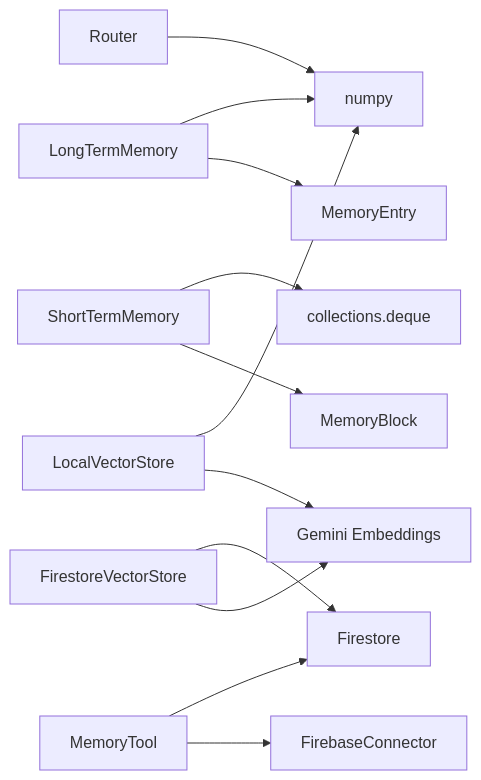
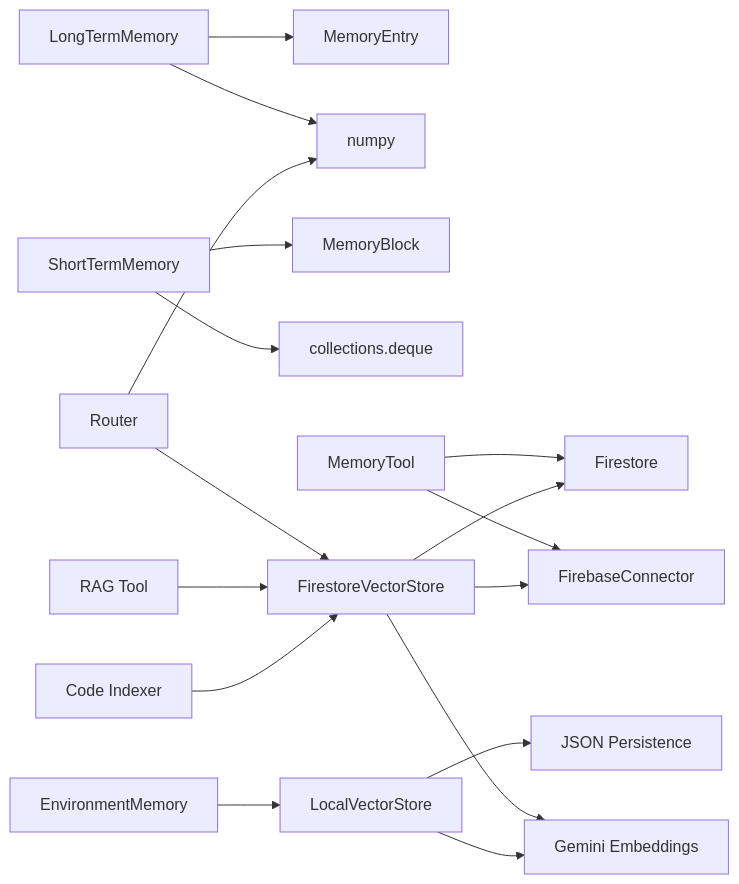
Before and after one commit to Moeabdelaziz007/Aether-Voice-OS: the eighth of 8 diagrams in .qoder/repowiki/en/content/Memory and Persistence/Memory Management.md, drawn with Mermaid. The commit also changed other lines of this file and 29 other files, not shown here.

````diff
--- a/.qoder/repowiki/en/content/Memory and Persistence/Memory Management.md
+++ b/.qoder/repowiki/en/content/Memory and Persistence/Memory Management.md
@@ -277,14 +326,19 @@
 ```mermaid
 graph LR
 LT["LongTermMemory"] --> NE["MemoryEntry"]
 LT --> NP["numpy"]
 ST["ShortTermMemory"] --> MB["MemoryBlock"]
 ST --> DEQ["collections.deque"]
 MT["MemoryTool"] --> FB["FirebaseConnector"]
 MT --> FS["Firestore"]
-LVS["LocalVectorStore"] --> GEM["Gemini Embeddings"]
-LVS --> NP
-FVS["FirestoreVectorStore"] --> GEM
+FVS["FirestoreVectorStore"] --> GEM["Gemini Embeddings"]
+FVS --> FB
 FVS --> FS
+LV["LocalVectorStore"] --> GEM
+LV --> JSON["JSON Persistence"]
 RT["Router"] --> NP
+RT --> FVS
+RAG["RAG Tool"] --> FVS
+CI["Code Indexer"] --> FVS
+EM["EnvironmentMemory"] --> LV
 ```
````
